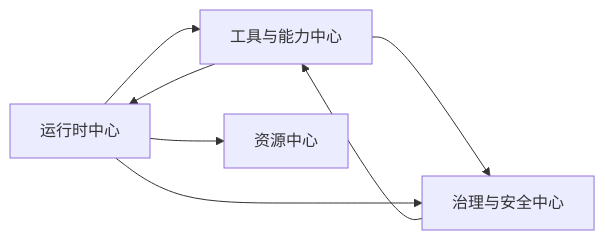
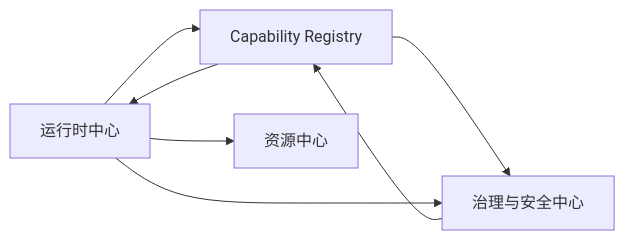
Before and after one commit to Quarkfan/QuarkFanTools: the second of 4 diagrams in docs/platform-reference-matrix.md, drawn with Mermaid. The commit also changed other lines of this file and 11 other files, not shown here.

Commit message:
chore: add capability registry submodule

````diff
--- a/docs/platform-reference-matrix.md
+++ b/docs/platform-reference-matrix.md
@@ -885,9 +886,9 @@
 ```mermaid
 flowchart LR
-    RT[运行时中心] --> CAP[工具与能力中心]
+    RT[运行时中心] --> CAP[Capability Registry]
     CAP --> GOV[治理与安全中心]
     GOV --> CAP
     CAP --> RT
     RT --> RES[资源中心]
     RT --> GOV
 ```
````
